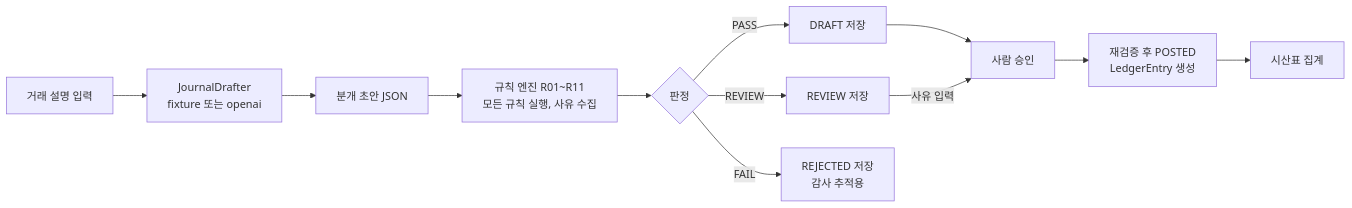
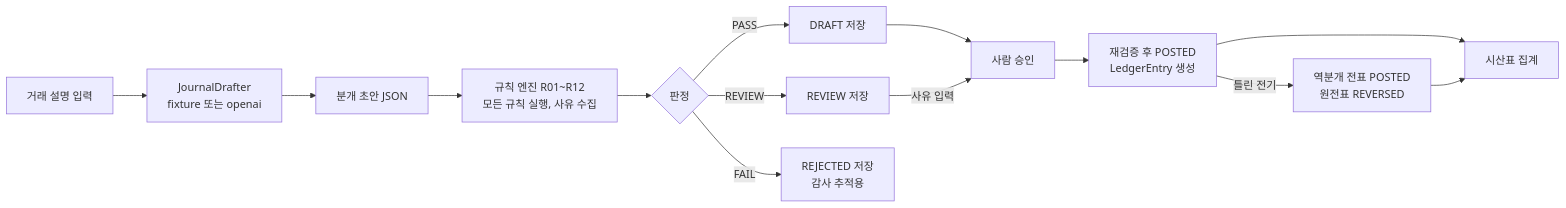
Before and after one commit to aeginventor/ledger-guard: the diagram in README.md, drawn with Mermaid. The commit also changed other lines of this file and 5 other files, not shown here.

````diff
--- a/README.md
+++ b/README.md
@@ -15,14 +15,16 @@
 ```mermaid
 flowchart LR
     A[거래 설명 입력] --> B[JournalDrafter<br/>fixture 또는 openai]
     B --> C[분개 초안 JSON]
-    C --> D[규칙 엔진 R01~R11<br/>모든 규칙 실행, 사유 수집]
+    C --> D[규칙 엔진 R01~R12<br/>모든 규칙 실행, 사유 수집]
     D --> E{판정}
     E -->|PASS| F[DRAFT 저장]
     E -->|REVIEW| G[REVIEW 저장]
     E -->|FAIL| H[REJECTED 저장<br/>감사 추적용]
     F --> I[사람 승인]
     G -->|사유 입력| I
     I --> J[재검증 후 POSTED<br/>LedgerEntry 생성]
     J --> K[시산표 집계]
+    J -->|틀린 전기| L[역분개 전표 POSTED<br/>원전표 REVERSED]
+    L --> K
 ```
````
